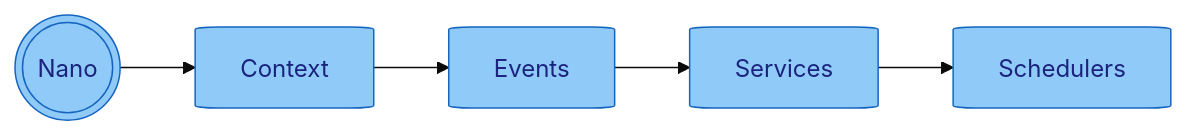
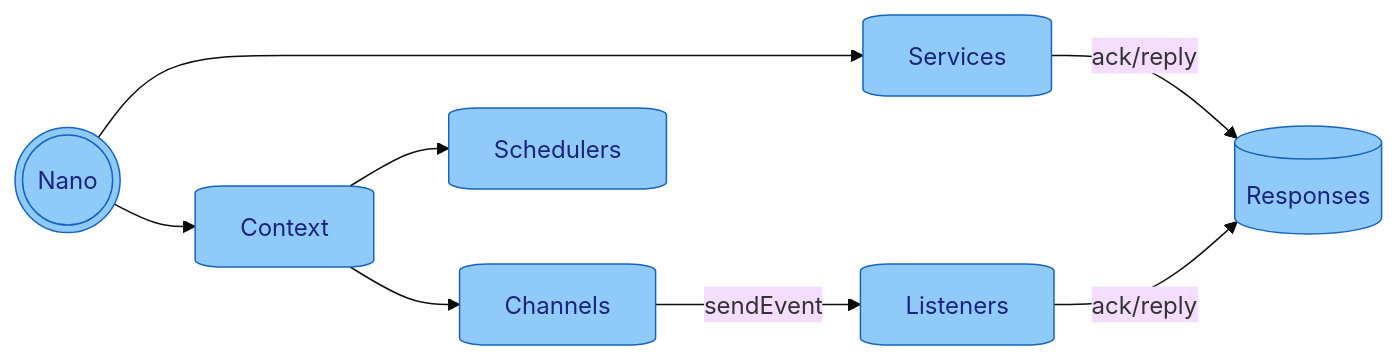
Before and after one commit to NanoNative/nano: the diagram in README.md, drawn with Mermaid (base theme). The commit also changed other lines of this file and 69 other files, not shown here.

````diff
--- a/README.md
+++ b/README.md
@@ -52,13 +92,18 @@
 ```mermaid
 flowchart LR
     nano(((Nano))) --> context[Context]
-    context --> events[Events]
-    events --> services[Services]
-    services --> schedulers[Schedulers]
+    context --> ch[Channels]
+    nano --> services[Services]
+    context --> schedulers[Schedulers]
+    ch -->|sendEvent| listeners[Listeners]
+    services -->|ack/reply| responses[(Responses)]
+    listeners -->|ack/reply| responses[(Responses)]
     
     style nano fill:#90CAF9,stroke:#1565C0,stroke-width:1px,color:#1A237E,rx:2%,ry:2%
     style context fill:#90CAF9,stroke:#1565C0,stroke-width:1px,color:#1A237E,rx:2%,ry:2%
-    style events fill:#90CAF9,stroke:#1565C0,stroke-width:1px,color:#1A237E,rx:2%,ry:2%
+    style ch fill:#90CAF9,stroke:#1565C0,stroke-width:1px,color:#1A237E,rx:2%,ry:2%
+    style listeners fill:#90CAF9,stroke:#1565C0,stroke-width:1px,color:#1A237E,rx:2%,ry:2%
+    style responses fill:#90CAF9,stroke:#1565C0,stroke-width:1px,color:#1A237E,rx:2%,ry:2%
     style services fill:#90CAF9,stroke:#1565C0,stroke-width:1px,color:#1A237E,rx:2%,ry:2%
     style schedulers fill:#90CAF9,stroke:#1565C0,stroke-width:1px,color:#1A237E,rx:2%,ry:2%
 ```
````
